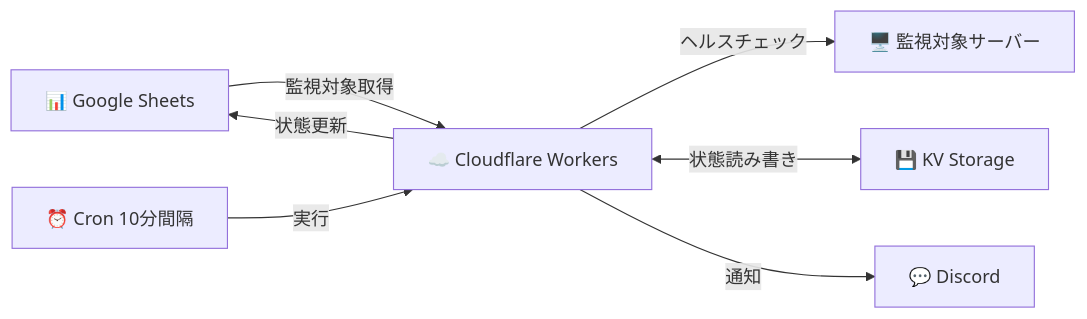
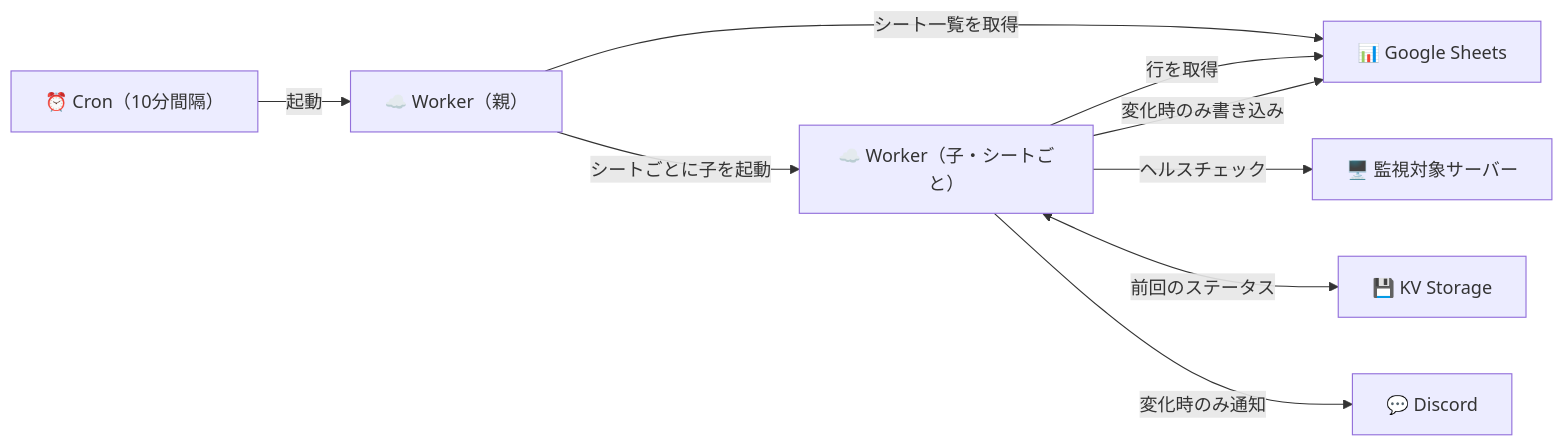
Before and after one commit to ROZ-MOFUMOFU-ME/smartwatchdog: the diagram in README.md, drawn with Mermaid. The commit also changed other lines of this file and 2 other files, not shown here.

````diff
--- a/README.md
+++ b/README.md
@@ -86,9 +86,11 @@
 ```mermaid
 graph LR
-    A[📊 Google Sheets] -->|監視対象取得| B[☁️ Cloudflare Workers]
-    B -->|ヘルスチェック| C[🖥️ 監視対象サーバー]
-    B <-->|状態読み書き| D[💾 KV Storage]
-    B -->|状態更新| A
-    B -->|通知| E[💬 Discord]
-    F[⏰ Cron 10分間隔] -->|実行| B
+    F["⏰ Cron（10分間隔）"] -->|起動| P["☁️ Worker（親）"]
+    P -->|シート一覧を取得| A["📊 Google Sheets"]
+    P -->|シートごとに子を起動| C["☁️ Worker（子・シートごと）"]
+    C -->|行を取得| A
+    C -->|ヘルスチェック| S["🖥️ 監視対象サーバー"]
+    C <-->|前回のステータス| D["💾 KV Storage"]
+    C -->|変化時のみ書き込み| A
+    C -->|変化時のみ通知| E["💬 Discord"]
 ```
````
